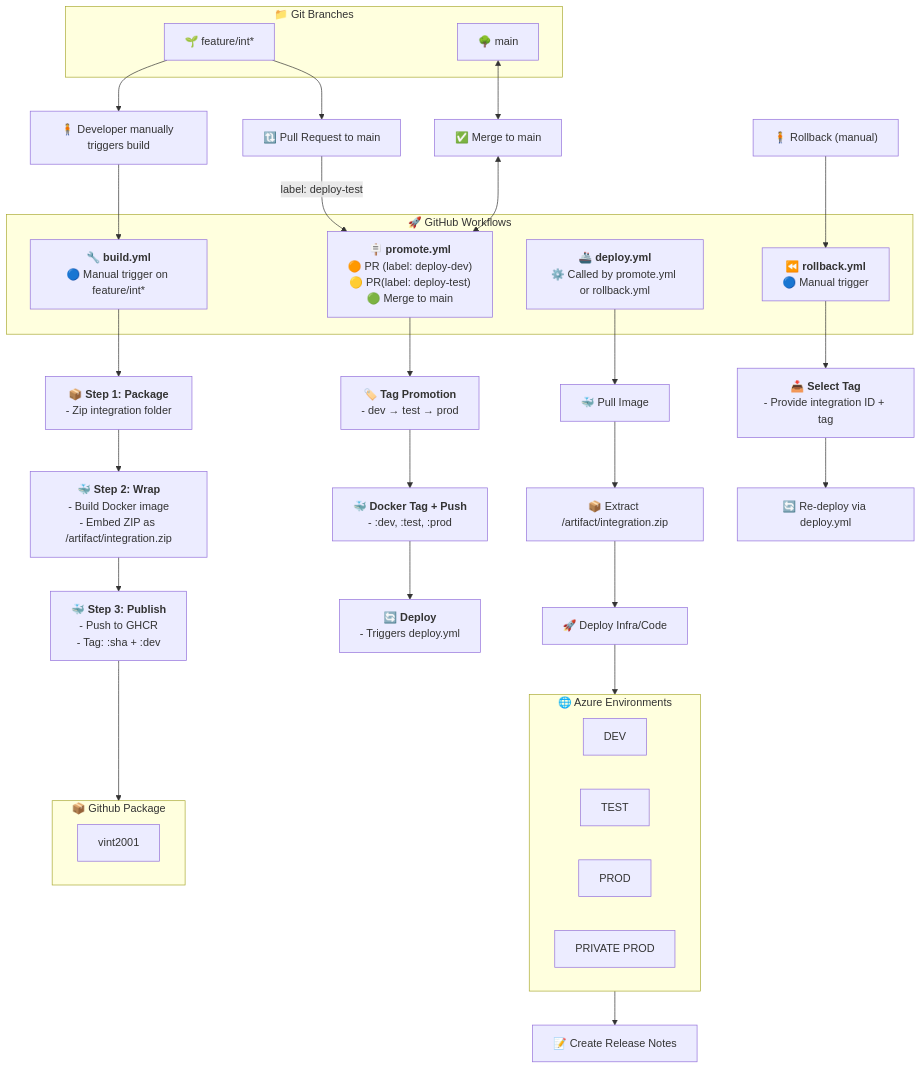
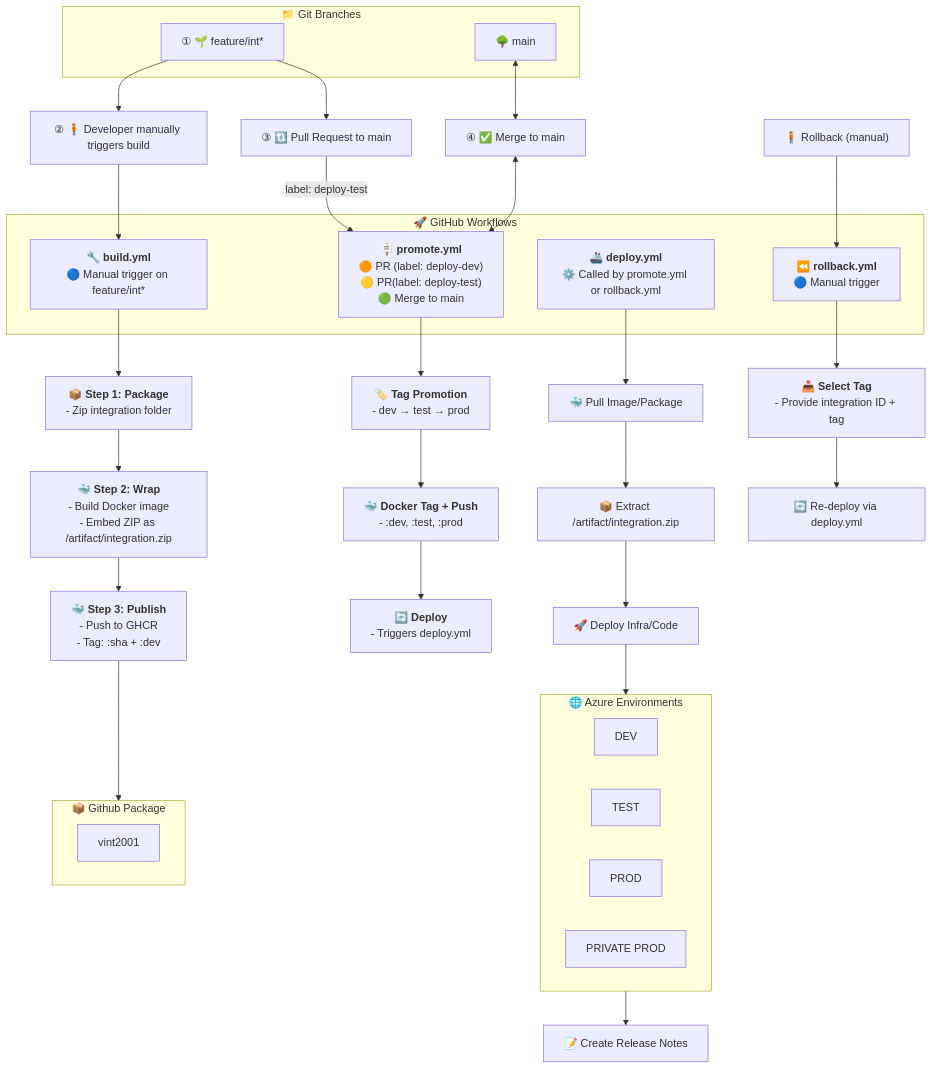
One commit to antonidag/radius changed the diagram in README.md. Above: the diagram before and after it, drawn with Mermaid.

Commit message:
update git flow

````diff
--- a/README.md
+++ b/README.md
@@ -1,68 +1,55 @@
 ```mermaid
+---
+config:
+  layout: dagre
+---
 flowchart TD
-  %% Git branches
-  subgraph GIT["📁 Git Branches"]
-    branchFeature["🌱 feature/int*"]
-    branchMain["🌳 main"]
+ subgraph GIT["📁 Git Branches"]
+        branchFeature["① 🌱 feature/int*"]
+        branchMain["🌳 main"]
   end
-
-  %% Environments
-  subgraph ENVIRONMENTS["🌐 Azure Environments"]
-    ENV_DEV["DEV"]
-    ENV_TEST["TEST"]
-    ENV_PROD["PROD"]
-    ENV_HYBRID_PROD["PRIVATE PROD"]
+ subgraph ENVIRONMENTS["🌐 Azure Environments"]
+        ENV_DEV["DEV"]
+        ENV_TEST["TEST"]
+        ENV_PROD["PROD"]
+        ENV_HYBRID_PROD["PRIVATE PROD"]
   end
-
-  %% Environments
-  subgraph Package["📦 Github Package"]
-    p1["vint2001"]
+ subgraph Package["📦 Github Package"]
+        p1["vint2001"]
   end
-
-  %% GitHub Workflows
-  subgraph WORKFLOWS["🚀 GitHub Workflows"]
-    W1["🔧 <b>build.yml</b><br>🔵 Manual trigger on feature/int*"]
-    W2["🪧 <b>promote.yml</b><br>🟠 PR (label: deploy-dev)<br>🟡 PR(label: deploy-test)<br>🟢 Merge to main"]
-    W3["🚢 <b>deploy.yml</b><br>⚙️ Called by promote.yml or rollback.yml"]
-    W4["⏪ <b>rollback.yml</b><br>🔵 Manual trigger"]
+ subgraph WORKFLOWS["🚀 GitHub Workflows"]
+        W1["🔧 <b>build.yml</b><br>🔵 Manual trigger on feature/int*"]
+        W2["🪧 <b>promote.yml</b><br>🟠 PR (label: deploy-dev)<br>🟡 PR(label: deploy-test)<br>🟢 Merge to main"]
+        W3["🚢 <b>deploy.yml</b><br>⚙️ Called by promote.yml or rollback.yml"]
+        W4["⏪ <b>rollback.yml</b><br>🔵 Manual trigger"]
   end
-
-  %% Build process
-  W1 --> B1["📦 <b>Step 1: Package</b><br>- Zip integration folder"]
-  B1 --> B2["🐳 <b>Step 2: Wrap</b><br>- Build Docker image<br>- Embed ZIP as /artifact/integration.zip"]
-  B2 --> B3["🐳 <b>Step 3: Publish</b><br>- Push to GHCR<br>- Tag: :sha + :dev"]
-  B3 --> Package
+    W1 --> B1["📦 <b>Step 1: Package</b><br>- Zip integration folder"]
+    B1 --> B2["🐳 <b>Step 2: Wrap</b><br>- Build Docker image<br>- Embed ZIP as /artifact/integration.zip"]
+    B2 --> B3["🐳 <b>Step 3: Publish</b><br>- Push to GHCR<br>- Tag: :sha + :dev"]
+    B3 --> Package
+    
+    
+    W2 --> P1["🏷️ <b>Tag Promotion</b><br>- dev → test → prod"]
+    P1 --> P2["🐳 <b>Docker Tag + Push</b><br>- :dev, :test, :prod"]
+    P2 --> P3["🔄 <b>Deploy</b><br>- Triggers deploy.yml"]
+    
+    W3 --> D1["🐳 Pull Image/Package"]
+    D1 --> D2["📦 Extract /artifact/integration.zip"]
+    D2 --> D3["🚀 Deploy Infra/Code"]
+    D3 --> ENVIRONMENTS
+    ENVIRONMENTS --> D4["📝 Create Release Notes"]
+    
+    W4 --> R1["📥 <b>Select Tag</b><br>- Provide integration ID + tag"]
+    R1 --> R2["🔄 Re-deploy via deploy.yml"]
+    branchFeature --> DevPush["② 🧍 Developer manually triggers build"]
+    branchFeature --> PR["③ 🔃 Pull Request to main"]
+    DevPush --> W1
+    PR -- "label: deploy-test" --> W2
+    
+    
+    branchMain <--> MergeMain["④ ✅ Merge to main"]
+    MergeMain <--> W2
+    ManualRollback["🧍 Rollback (manual)"] --> W4
 
 
-  %% Promote process
-  W2 --> P1["🏷️ <b>Tag Promotion</b><br>- dev → test → prod"]
-  P1 --> P2["🐳 <b>Docker Tag + Push</b><br>- :dev, :test, :prod"]
-  P2 --> P3["🔄 <b>Deploy</b><br>- Triggers deploy.yml"]
-  
-
-  %% Deploy steps
-  W3 --> D1["🐳 Pull Image"]
-  D1 --> D2["📦 Extract /artifact/integration.zip"]
-  D2 --> D3["🚀 Deploy Infra/Code"]
-  D3 --> ENVIRONMENTS
-  ENVIRONMENTS --> D4["📝 Create Release Notes"]
-
-  %% Rollback
-  W4 --> R1["📥 <b>Select Tag</b><br>- Provide integration ID + tag"]
-  R1 --> R2["🔄 Re-deploy via deploy.yml"]
-
-  %% Connections
-  branchFeature --> DevPush["🧍 Developer manually triggers build"]
-  DevPush --> W1
-
-
-  branchFeature --> PR["🔃 Pull Request to main"]
-  PR -->|label: deploy-test| W2
-
-
-  branchMain <--> MergeMain["✅ Merge to main"]
-  MergeMain <--> W2
-
-  ManualRollback["🧍 Rollback (manual)"] --> W4
-
 ```
````
